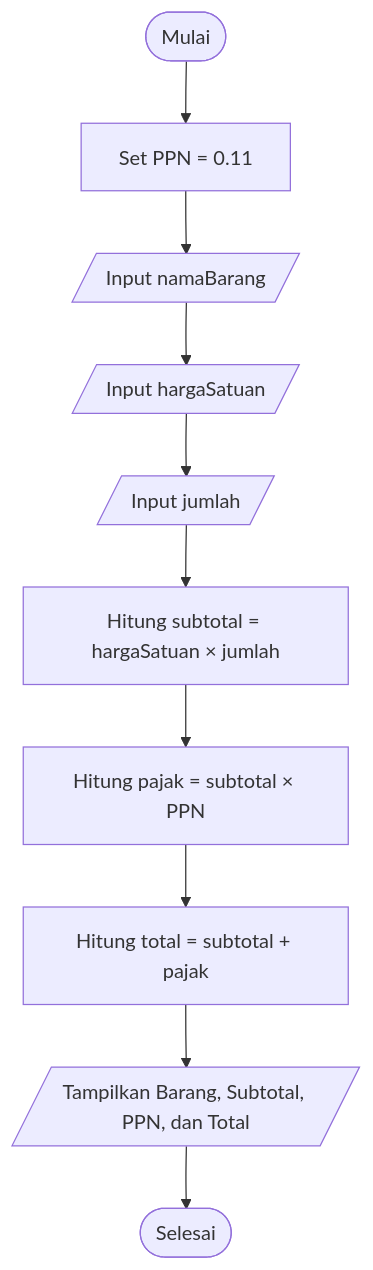
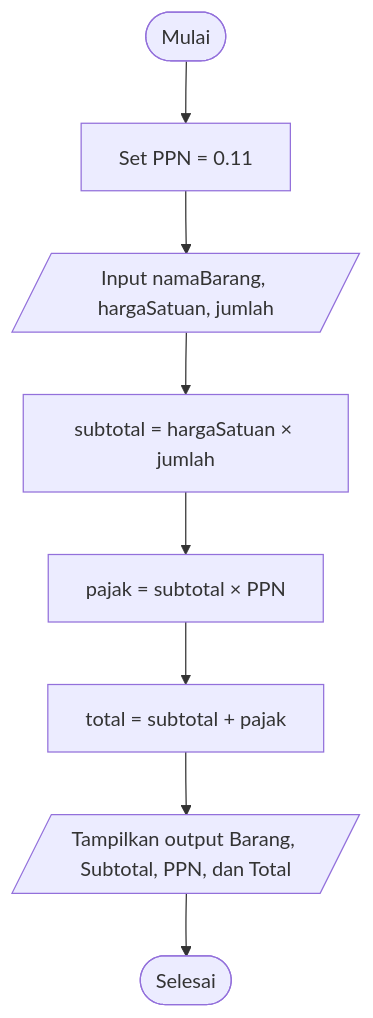
Before and after one commit to Itongaban/PRAKTIKUM-5: the diagram in Flowchart.md, drawn with Mermaid.

````diff
--- a/Flowchart.md
+++ b/Flowchart.md
@@ -3,12 +3,10 @@
 ```mermaid
 flowchart TD
     A([Mulai]) --> B[Set PPN = 0.11]
-    B --> C[/Input namaBarang/]
-    C --> D[/Input hargaSatuan/]
-    D --> E[/Input jumlah/]
-    E --> F[Hitung subtotal = hargaSatuan × jumlah]
-    F --> G[Hitung pajak = subtotal × PPN]
-    G --> H[Hitung total = subtotal + pajak]
-    H --> I[/Tampilkan Barang, Subtotal, PPN, dan Total/]
-    I --> J([Selesai])
+    B --> C[/Input namaBarang, hargaSatuan, jumlah/]
+    C --> D[subtotal = hargaSatuan × jumlah]
+    D --> F[pajak = subtotal × PPN]
+    F --> G[ total = subtotal + pajak]
+    G --> H[/Tampilkan output Barang, Subtotal, PPN, dan Total/]
+    H --> I([Selesai])
 ```
````
